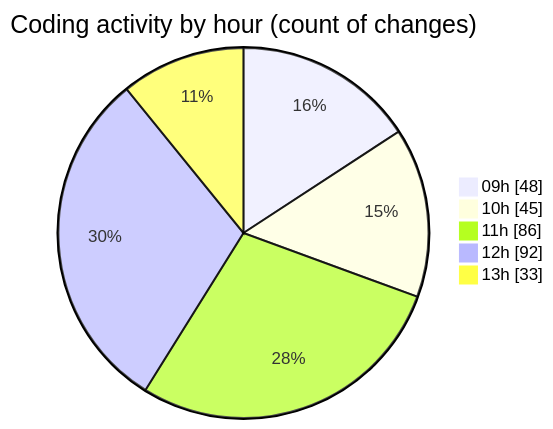
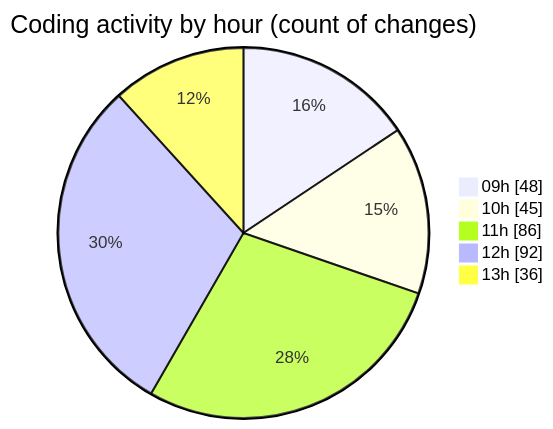
The second of 2 diagrams in 2025-03-14/cda/README.md (momahboobian/code-tracking), drawn with Mermaid before and after one commit. The commit also changed other lines of this file and 1 other file, not shown here.

````diff
--- a/2025-03-14/cda/README.md
+++ b/2025-03-14/cda/README.md
@@ -45,9 +45,9 @@
 ```mermaid
 pie showData
 title Coding activity by hour (count of changes)
 "09h" : 48
 "10h" : 45
 "11h" : 86
 "12h" : 92
-"13h" : 33
+"13h" : 36
 ```
````
